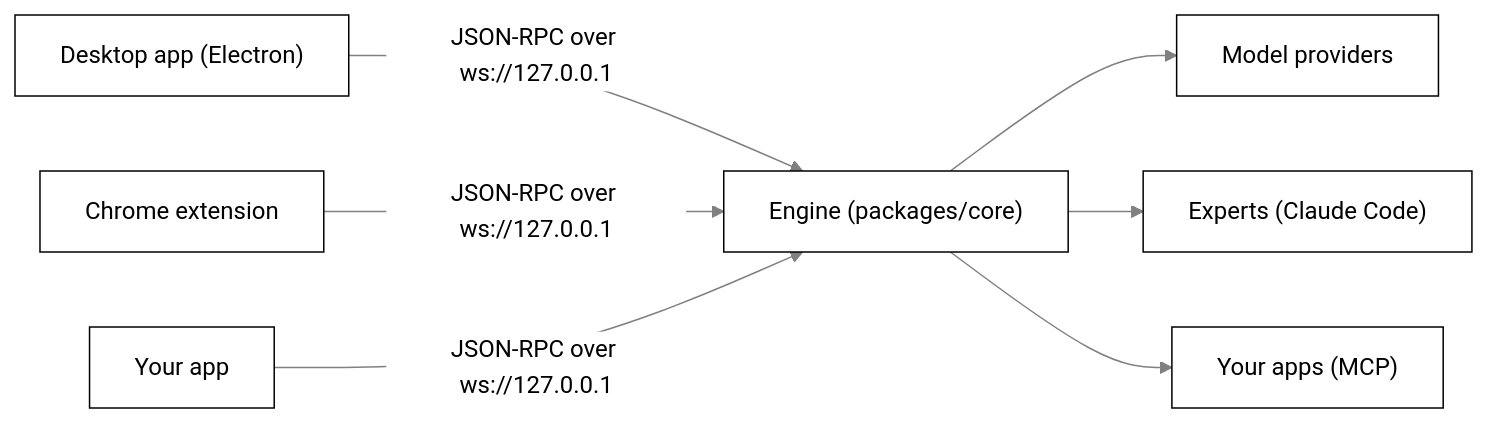
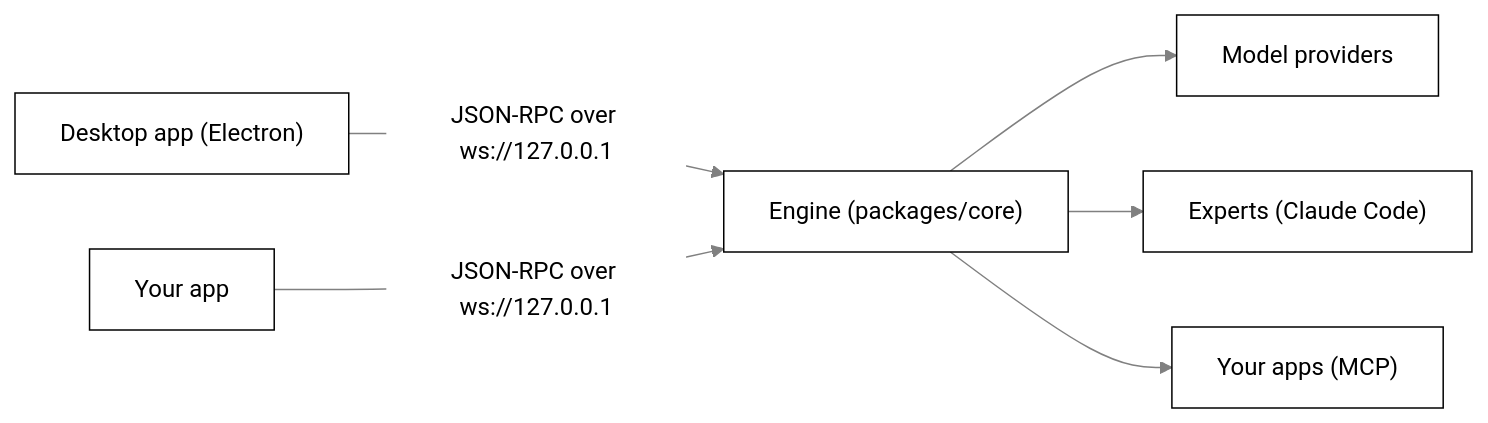
Before and after one commit to nadeem4/tagalong: the diagram in README.md, drawn with Mermaid. The commit also changed other lines of this file and 151 other files, not shown here.

````diff
--- a/README.md
+++ b/README.md
@@ -110,10 +110,9 @@
 ```mermaid
 %%{init: {"theme": "base", "themeVariables": {"primaryColor": "#ffffff", "primaryTextColor": "#000000", "primaryBorderColor": "#000000", "lineColor": "#808080", "secondaryColor": "#f2f2f2", "tertiaryColor": "#ffffff", "clusterBkg": "#f7f7f7", "clusterBorder": "#808080", "edgeLabelBackground": "#ffffff", "titleColor": "#808080", "fontFamily": "Segoe UI, Helvetica, Arial, sans-serif"}}}%%
 flowchart LR
   desktop["Desktop app (Electron)"] -->|"JSON-RPC over ws://127.0.0.1"| engine["Engine (packages/core)"]
-  extension["Chrome extension"] -->|"JSON-RPC over ws://127.0.0.1"| engine
   yours["Your app"] -->|"JSON-RPC over ws://127.0.0.1"| engine
   engine --> models["Model providers"]
   engine --> experts["Experts (Claude Code)"]
   engine --> apps["Your apps (MCP)"]
 ```
````
